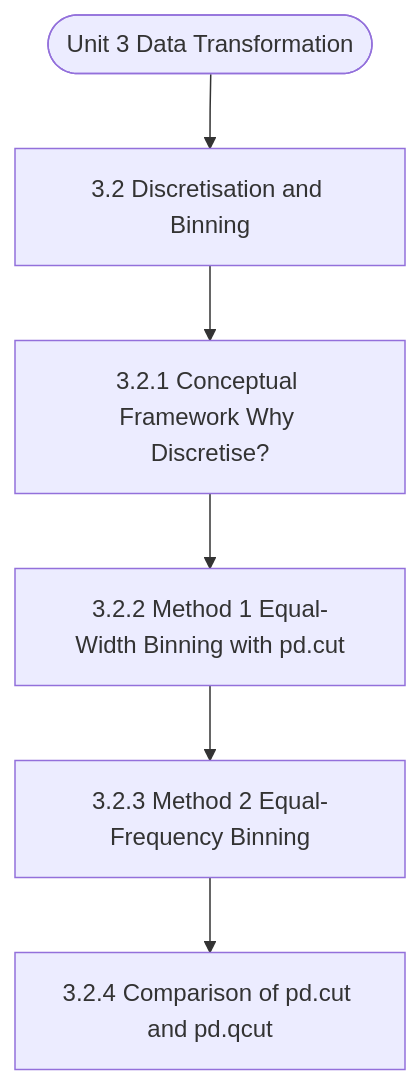
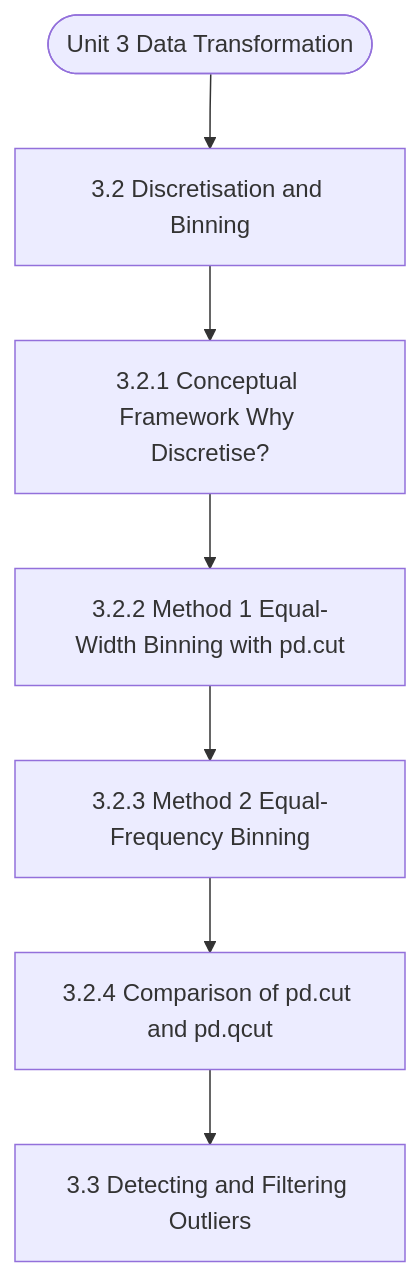
Before and after one commit to Asutosh-Coaching/mscdsa: the diagram in notes/Semester_2/MCS-067_Data_Wrangling_and_Visualization/unit_03_Data_Transformation.md, drawn with Mermaid. The commit also changed other lines of this file and 116 other files, not shown here.

````diff
--- a/notes/Semester_2/MCS-067_Data_Wrangling_and_Visualization/unit_03_Data_Transformation.md
+++ b/notes/Semester_2/MCS-067_Data_Wrangling_and_Visualization/unit_03_Data_Transformation.md
@@ -19,14 +19,16 @@
 ```mermaid
 flowchart TD
   Start(["Unit 3 Data Transformation"])
   N1["3.2 Discretisation and Binning"]
   N2["3.2.1 Conceptual Framework Why Discretise?"]
   N3["3.2.2 Method 1 Equal-Width Binning with pd.cut"]
   N4["3.2.3 Method 2 Equal-Frequency Binning"]
   N5["3.2.4 Comparison of pd.cut and pd.qcut"]
+  N6["3.3 Detecting and Filtering Outliers"]
   Start --> N1
   N1 --> N2
   N2 --> N3
   N3 --> N4
   N4 --> N5
+  N5 --> N6
 ```
````
